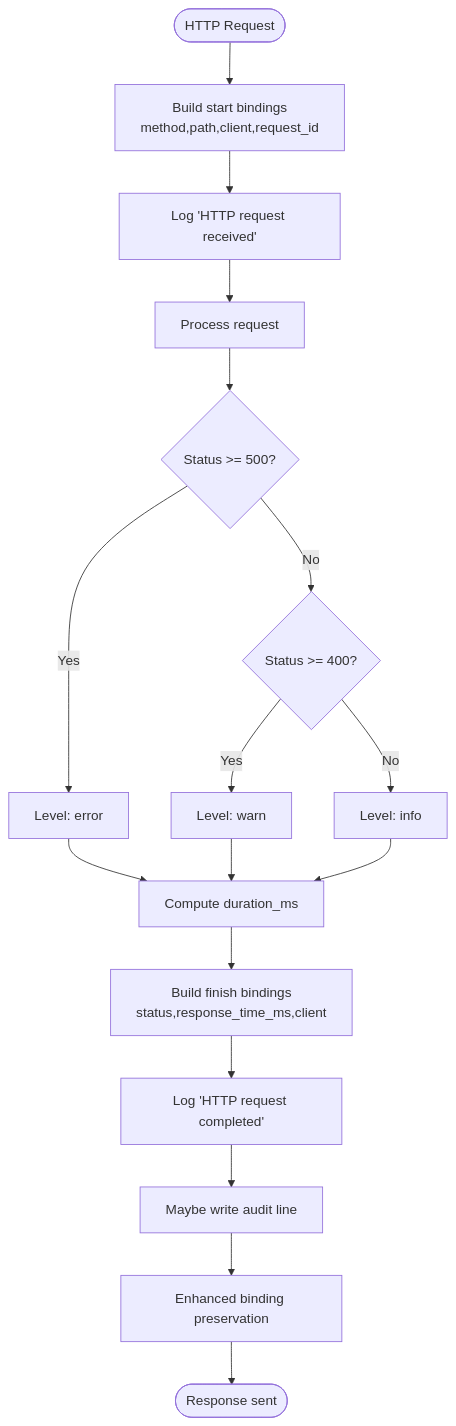
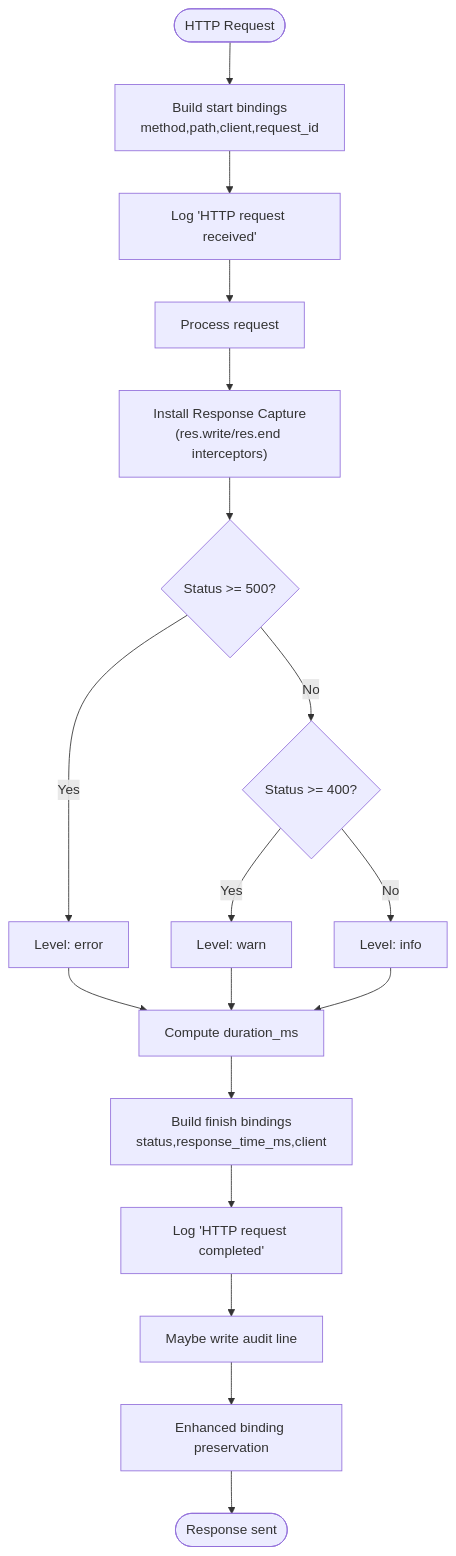
The fifth of 7 diagrams in .qoder/repowiki/en/content/Monitoring & Observability.md (debian777/kairos-mcp), drawn with Mermaid before and after one commit. The commit also changed other lines of this file and 5 other files, not shown here.

First line of the commit message:
fix(audit): capture response at transport.send() level

````diff
--- a/.qoder/repowiki/en/content/Monitoring & Observability.md
+++ b/.qoder/repowiki/en/content/Monitoring & Observability.md
@@ -359,19 +369,20 @@
 ```mermaid
 flowchart TD
 Start(["HTTP Request"]) --> Bindings["Build start bindings<br/>method,path,client,request_id"]
 Bindings --> LogStart["Log 'HTTP request received'"]
 LogStart --> Process["Process request"]
-Process --> Status{"Status >= 500?"}
+Process --> ResponseCapture["Install Response Capture<br/>(res.write/res.end interceptors)"]
+ResponseCapture --> Status{"Status >= 500?"}
 Status --> |Yes| LevelErr["Level: error"]
 Status --> |No| Status400{"Status >= 400?"}
 Status400 --> |Yes| LevelWarn["Level: warn"]
 Status400 --> |No| LevelInfo["Level: info"]
 LevelErr --> Duration["Compute duration_ms"]
 LevelWarn --> Duration
 LevelInfo --> Duration
 Duration --> FinishBindings["Build finish bindings<br/>status,response_time_ms,client"]
 FinishBindings --> LogFinish["Log 'HTTP request completed'"]
 LogFinish --> Audit["Maybe write audit line"]
 Audit --> Enhanced["Enhanced binding preservation"]
 Enhanced --> End(["Response sent"])
 ```
````
